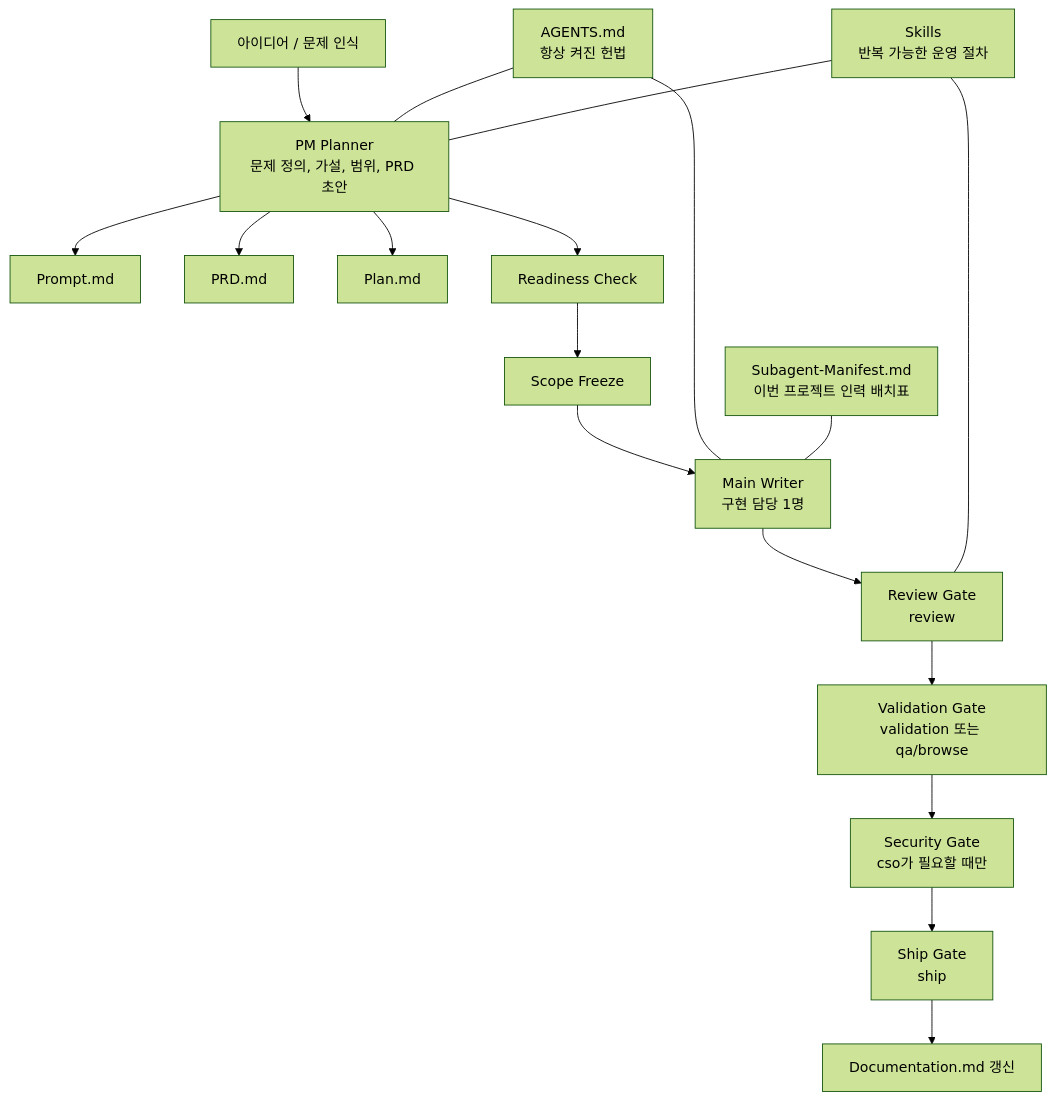
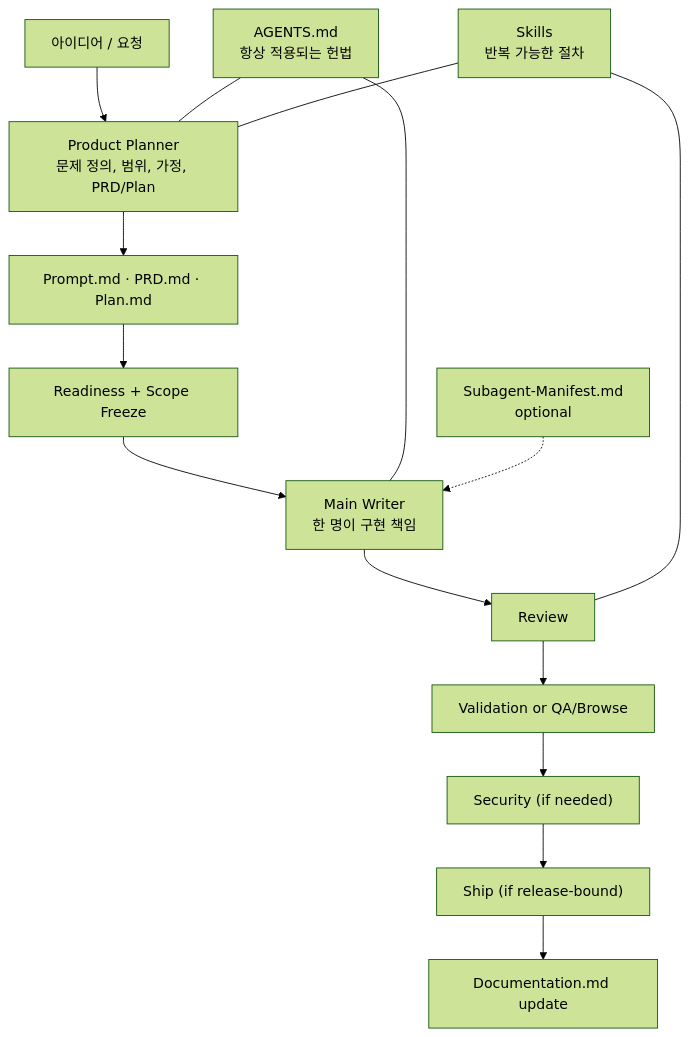
The first of 2 diagrams in README.md (Merchantlee99/vibebuilder-framework), drawn with Mermaid (forest theme) before and after one commit. The commit also changed other lines of this file, not shown here.

````diff
--- a/README.md
+++ b/README.md
@@ -44,21 +68,18 @@
 ```mermaid
 flowchart TD
-    A["아이디어 / 문제 인식"] --> B["PM Planner<br/>문제 정의, 가설, 범위, PRD 초안"]
-    B --> C["Prompt.md"]
-    B --> D["PRD.md"]
-    B --> E["Plan.md"]
-    B --> F["Readiness Check"]
-    F --> G["Scope Freeze"]
-    G --> H["Main Writer<br/>구현 담당 1명"]
-    H --> I["Review Gate<br/>review"]
-    I --> J["Validation Gate<br/>validation 또는 qa/browse"]
-    J --> K["Security Gate<br/>cso가 필요할 때만"]
-    K --> L["Ship Gate<br/>ship"]
-    L --> M["Documentation.md 갱신"]
+    A["아이디어 / 요청"] --> B["Product Planner<br/>문제 정의, 범위, 가정, PRD/Plan"]
+    B --> C["Prompt.md · PRD.md · Plan.md"]
+    C --> D["Readiness + Scope Freeze"]
+    D --> E["Main Writer<br/>한 명이 구현 책임"]
+    E --> F["Review"]
+    F --> G["Validation or QA/Browse"]
+    G --> H["Security (if needed)"]
+    H --> I["Ship (if release-bound)"]
+    I --> J["Documentation.md update"]
 
-    N["AGENTS.md<br/>항상 켜진 헌법"] --- B
-    N --- H
-    O["Skills<br/>반복 가능한 운영 절차"] --- B
-    O --- I
-    P["Subagent-Manifest.md<br/>이번 프로젝트 인력 배치표"] --- H
+    K["AGENTS.md<br/>항상 적용되는 헌법"] --- B
+    K --- E
+    L["Skills<br/>반복 가능한 절차"] --- B
+    L --- F
+    M["Subagent-Manifest.md<br/>optional"] -.-> E
 ```
````
